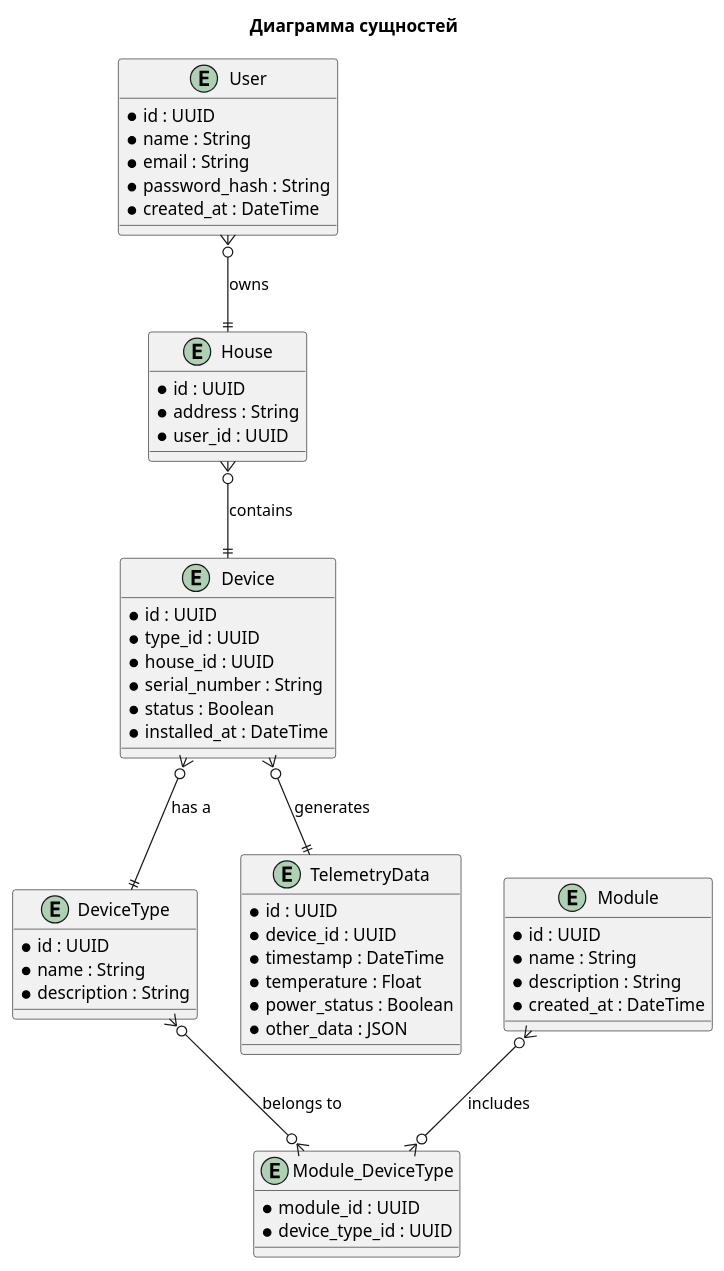
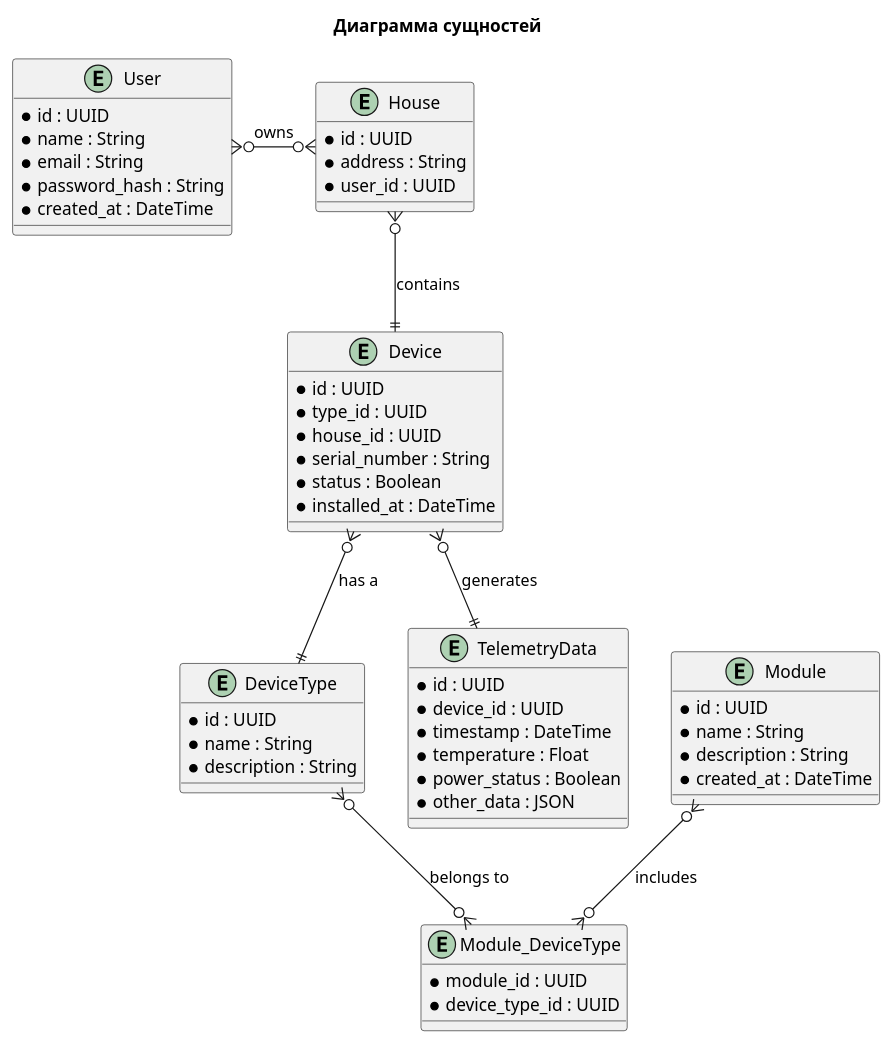
One commit to sonikq/architecture-sprint-3 changed the diagram in diagrams/ER.puml. Above: the diagram before and after it, drawn with PlantUML. The commit also changed 1 other file, not shown here.

Commit message:
fix: added description for domens and switched relationship for user-house relation

```diff
--- a/diagrams/ER.puml
+++ b/diagrams/ER.puml
@@ -1,61 +1,61 @@
 @startuml
 
 title Диаграмма сущностей
 
 entity User {
   * id : UUID
   * name : String
   * email : String
   * password_hash : String
   * created_at : DateTime
 }
 
 entity House {
   * id : UUID
   * address : String
   * user_id : UUID
 }
 
 entity Device {
   * id : UUID
   * type_id : UUID
   * house_id : UUID
   * serial_number : String
   * status : Boolean
   * installed_at : DateTime
 }
 
 entity DeviceType {
   * id : UUID
   * name : String
   * description : String
 }
 
 entity Module {
   * id : UUID
   * name : String
   * description : String
   * created_at : DateTime
 }
 
 entity TelemetryData {
   * id : UUID
   * device_id : UUID
   * timestamp : DateTime
   * temperature : Float
   * power_status : Boolean
   * other_data : JSON
 }
 
 entity Module_DeviceType {
   * module_id : UUID
   * device_type_id : UUID
 }
 
-User }o--|| House : "owns"
+User }o-o{ House : "owns"
 House }o--|| Device : "contains"
 Device }o--|| DeviceType : "has a"
 Device }o--|| TelemetryData : "generates"
 Module }o--o{ Module_DeviceType : "includes"
 DeviceType }o--o{ Module_DeviceType : "belongs to"
 @enduml
```
